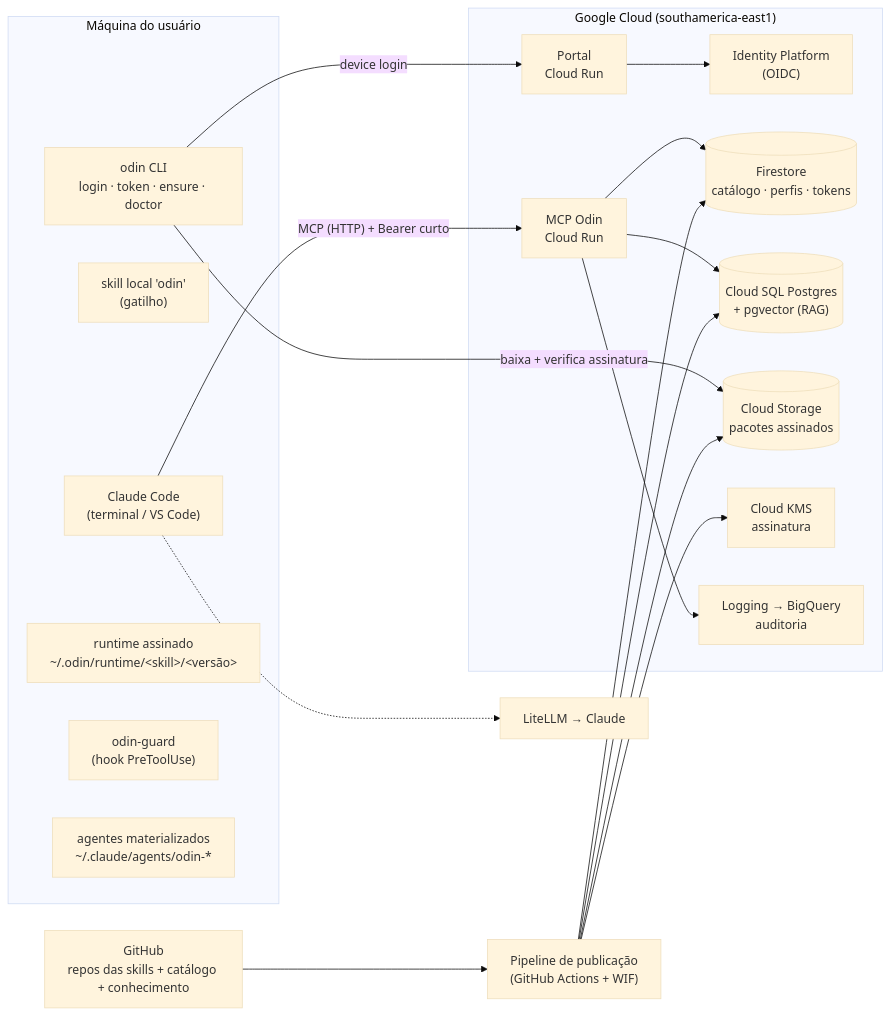
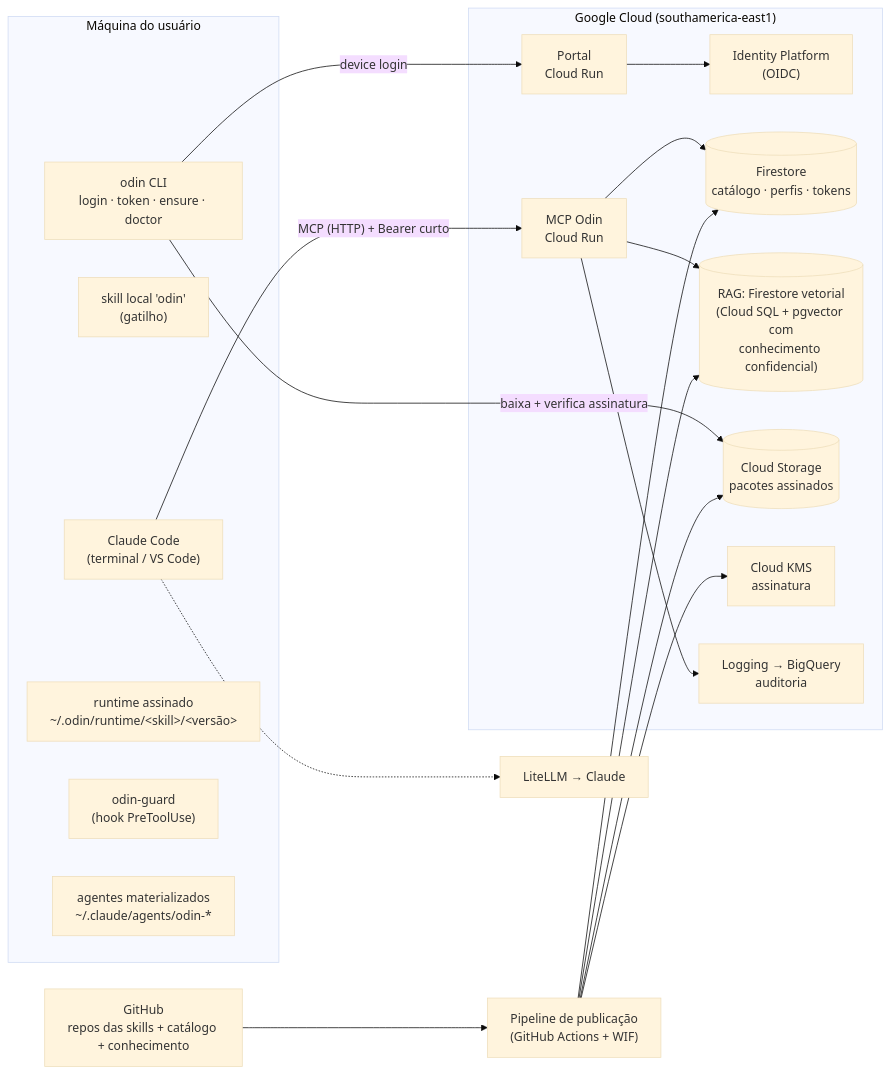
One commit to brunotrolo/Salesforce_Odin_MCP_Squad changed the first of 2 diagrams in docs/PLANO.md. Above: the diagram before and after it, drawn with Mermaid (base theme). The commit also changed other lines of this file and 73 other files, not shown here.

First line of the commit message:
ADR 0018: arquitetura enxuta por estágios de custo, contratos em schema e governança

````diff
--- a/docs/PLANO.md
+++ b/docs/PLANO.md
@@ -40,33 +40,33 @@
 ```mermaid
 flowchart LR
   subgraph Maquina["Máquina do usuário"]
     CC["Claude Code<br/>(terminal / VS Code)"]
     BS["skill local 'odin'<br/>(gatilho)"]
     CLI["odin CLI<br/>login · token · ensure · doctor"]
     RT["runtime assinado<br/>~/.odin/runtime/&lt;skill&gt;/&lt;versão&gt;"]
     GD["odin-guard<br/>(hook PreToolUse)"]
     AG["agentes materializados<br/>~/.claude/agents/odin-*"]
   end
   subgraph GCP["Google Cloud (southamerica-east1)"]
     MCP["MCP Odin<br/>Cloud Run"]
     POR["Portal<br/>Cloud Run"]
     IDP["Identity Platform<br/>(OIDC)"]
     FS[("Firestore<br/>catálogo · perfis · tokens")]
-    PG[("Cloud SQL Postgres<br/>+ pgvector (RAG)")]
+    PG[("RAG: Firestore vetorial<br/>(Cloud SQL + pgvector com<br/>conhecimento confidencial)")]
     GCS[("Cloud Storage<br/>pacotes assinados")]
     KMS["Cloud KMS<br/>assinatura"]
     LOG["Logging → BigQuery<br/>auditoria"]
   end
   GH["GitHub<br/>repos das skills + catálogo + conhecimento"]
   CI["Pipeline de publicação<br/>(GitHub Actions + WIF)"]
   LLM["LiteLLM → Claude"]
 
   CC -- "MCP (HTTP) + Bearer curto" --> MCP
   CC -.-> LLM
   CLI -- "device login" --> POR
   POR --> IDP
   MCP --> FS & PG & LOG
   CLI -- "baixa + verifica assinatura" --> GCS
   GH --> CI --> GCS & FS & PG
   CI --> KMS
 ```
````
